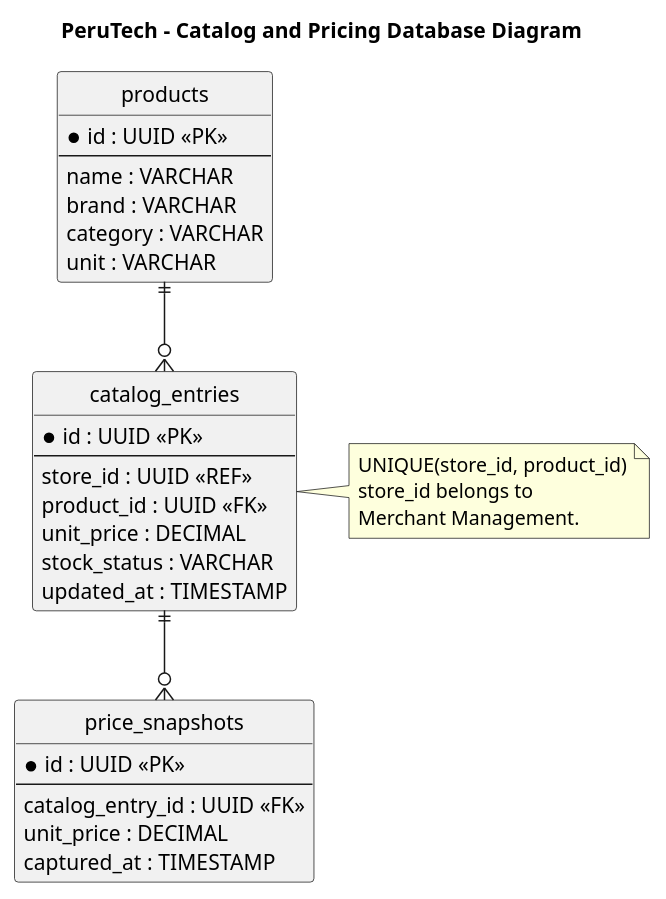
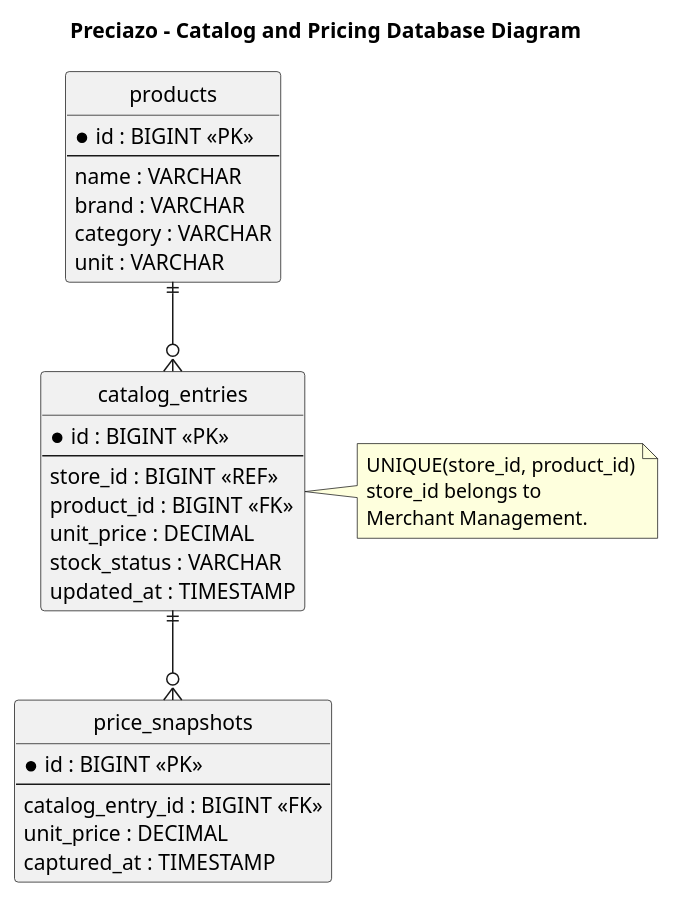
Before and after one commit to Open-Source-1ASI0729-2620-7750/PeruTech-Report: the diagram in docs/architecture/database/catalog-pricing.puml, drawn with PlantUML. The commit also changed 30 other files, not shown here.

Commit message:
docs(architecture): use numeric database identifiers

```diff
--- a/docs/architecture/database/catalog-pricing.puml
+++ b/docs/architecture/database/catalog-pricing.puml
@@ -1,44 +1,44 @@
-@startuml PeruTech_DB_Catalog_Pricing
+@startuml Preciazo_DB_Catalog_Pricing
 
-title PeruTech - Catalog and Pricing Database Diagram
+title Preciazo - Catalog and Pricing Database Diagram
 
 hide circle
 skinparam linetype ortho
 
 entity products {
-    * id : UUID <<PK>>
+    * id : BIGINT <<PK>>
     --
     name : VARCHAR
     brand : VARCHAR
     category : VARCHAR
     unit : VARCHAR
 }
 
 entity catalog_entries {
-    * id : UUID <<PK>>
+    * id : BIGINT <<PK>>
     --
-    store_id : UUID <<REF>>
-    product_id : UUID <<FK>>
+    store_id : BIGINT <<REF>>
+    product_id : BIGINT <<FK>>
     unit_price : DECIMAL
     stock_status : VARCHAR
     updated_at : TIMESTAMP
 }
 
 entity price_snapshots {
-    * id : UUID <<PK>>
+    * id : BIGINT <<PK>>
     --
-    catalog_entry_id : UUID <<FK>>
+    catalog_entry_id : BIGINT <<FK>>
     unit_price : DECIMAL
     captured_at : TIMESTAMP
 }
 
 products ||--o{ catalog_entries
 catalog_entries ||--o{ price_snapshots
 
 note right of catalog_entries
   UNIQUE(store_id, product_id)
   store_id belongs to
   Merchant Management.
 end note
 
 @enduml
```
